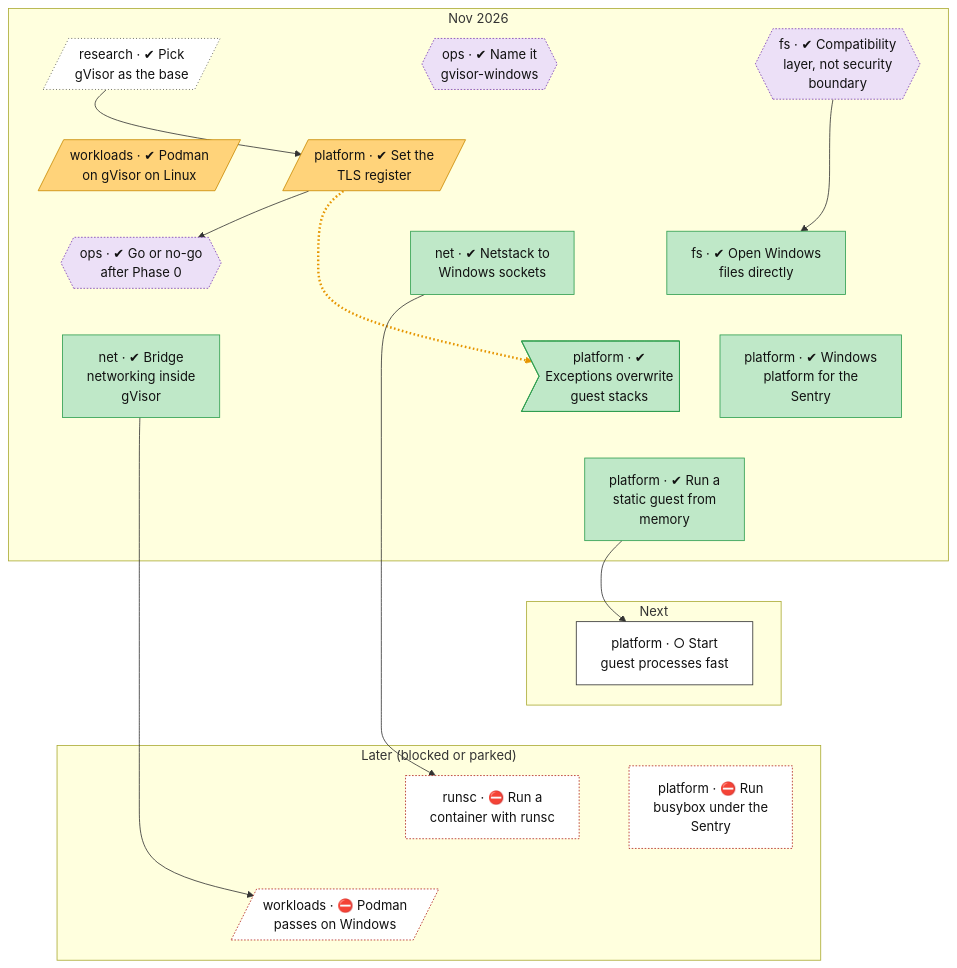
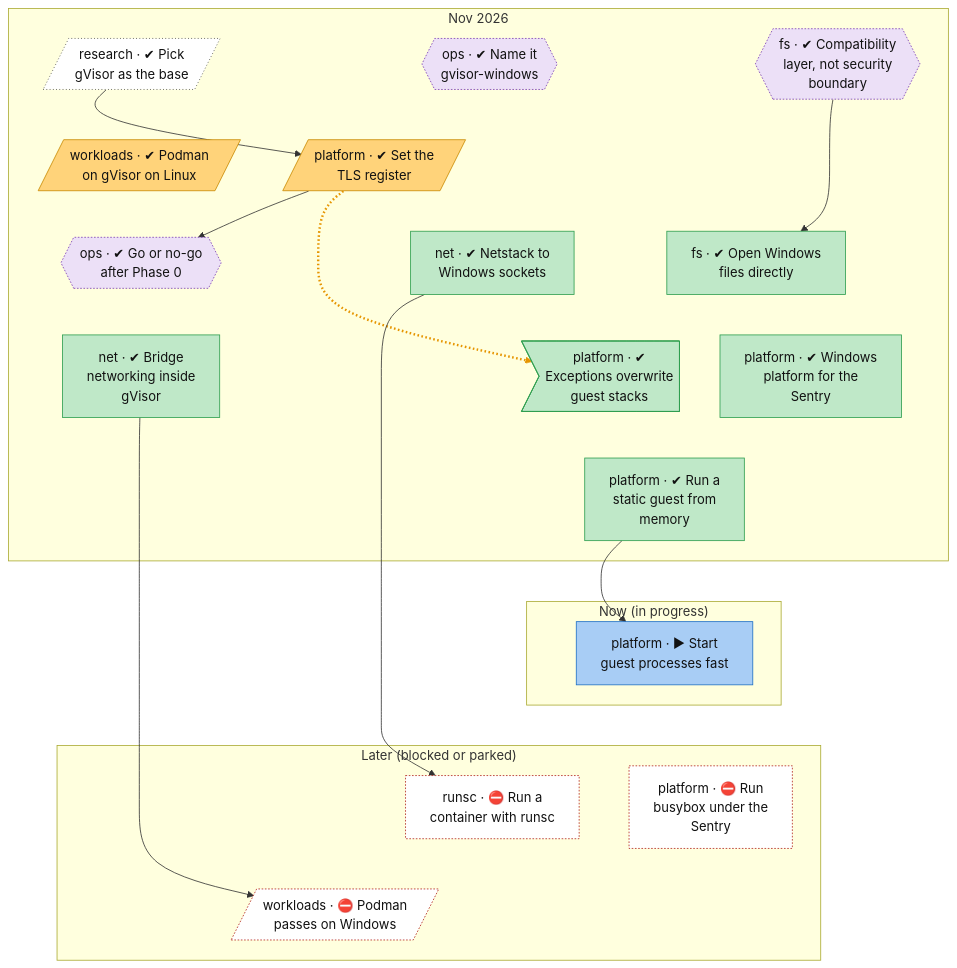
One commit to lhns/gvisor-windows changed the second of 2 diagrams in docs/roadmap.md. Above: the diagram before and after it, drawn with Mermaid. The commit also changed other lines of this file and 7 other files, not shown here.

Commit message:
Mark the boot, platform, exec and file-system wave in progress

````diff
--- a/docs/roadmap.md
+++ b/docs/roadmap.md
@@ -100,70 +100,70 @@
 ```mermaid
 flowchart TB
     subgraph bd_0["Nov 2026"]
         research_gvisor_base[/"research · ✔ Pick<br/>gVisor as the base"/]
         ops_name_and_fork{{"ops · ✔ Name it<br/>gvisor-windows"}}
         fs_compat_layer_not_boundary{{"fs · ✔ Compatibility<br/>layer, not security<br/>boundary"}}
         workloads_podman_on_gvisor_linux[/"workloads · ✔ Podman<br/>on gVisor on Linux"/]
         platform_tls_register[/"platform · ✔ Set the<br/>TLS register"/]
         ops_phase0_go_no_go{{"ops · ✔ Go or no-go<br/>after Phase 0"}}
         fs_windows_directfs["fs · ✔ Open Windows<br/>files directly"]
         net_netstack_windows_link["net · ✔ Netstack to<br/>Windows sockets"]
         net_bridge_networking["net · ✔ Bridge<br/>networking inside<br/>gVisor"]
         platform_veh_on_guest_stack_unsafe>"platform · ✔<br/>Exceptions overwrite<br/>guest stacks"]
         platform_winstub["platform · ✔ Windows<br/>platform for the<br/>Sentry"]
         platform_static_guest_from_memory["platform · ✔ Run a<br/>static guest from<br/>memory"]
     end
-    subgraph bd_1["Next"]
-        platform_fast_process_start["platform · ○ Start<br/>guest processes fast"]
+    subgraph bd_1["Now (in progress)"]
+        platform_fast_process_start["platform · ▶ Start<br/>guest processes fast"]
     end
     subgraph bd_2["Later (blocked or parked)"]
         platform_busybox_on_windows["platform · ⛔ Run<br/>busybox under the<br/>Sentry"]
         runsc_container_on_windows["runsc · ⛔ Run a<br/>container with runsc"]
         workloads_podman_on_windows[/"workloads · ⛔ Podman<br/>passes on Windows"/]
     end
     research_gvisor_base ~~~ workloads_podman_on_gvisor_linux
     ops_name_and_fork ~~~ platform_tls_register
     fs_compat_layer_not_boundary ~~~ platform_tls_register
     workloads_podman_on_gvisor_linux ~~~ ops_phase0_go_no_go
     platform_tls_register ~~~ fs_windows_directfs
     platform_tls_register ~~~ net_netstack_windows_link
     ops_phase0_go_no_go ~~~ net_bridge_networking
     fs_windows_directfs ~~~ platform_veh_on_guest_stack_unsafe
     net_netstack_windows_link ~~~ platform_winstub
     net_bridge_networking ~~~ platform_static_guest_from_memory
     platform_veh_on_guest_stack_unsafe ~~~ platform_static_guest_from_memory
     platform_winstub ~~~ platform_static_guest_from_memory
     platform_static_guest_from_memory ~~~ platform_fast_process_start
     platform_fast_process_start ~~~ platform_busybox_on_windows
     platform_fast_process_start ~~~ runsc_container_on_windows
     platform_busybox_on_windows ~~~ workloads_podman_on_windows
     runsc_container_on_windows ~~~ workloads_podman_on_windows
     research_gvisor_base --> platform_tls_register
     platform_tls_register -.-> platform_veh_on_guest_stack_unsafe
     platform_tls_register --> ops_phase0_go_no_go
     fs_compat_layer_not_boundary --> fs_windows_directfs
     platform_static_guest_from_memory --> platform_fast_process_start
     net_netstack_windows_link --> runsc_container_on_windows
     net_bridge_networking --> workloads_podman_on_windows
     linkStyle 18 stroke:#e69500,stroke-width:3px,stroke-dasharray:2 3
     classDef vsucc fill:#2e9e4f,stroke:#1b6b34,color:#fff
     classDef succ fill:#bfe8c8,stroke:#2e9e4f,color:#111
     classDef mixed fill:#ffd37a,stroke:#c98a00,color:#111
     classDef bad fill:#f28b82,stroke:#b3261e,color:#111
     classDef dead fill:#e6e6e6,stroke:#777,stroke-dasharray:5 5,color:#555
     classDef inprog fill:#a8cdf5,stroke:#1f6fc5,color:#111
     classDef next fill:#fff,stroke:#333,color:#111
     classDef blocked fill:#fff,stroke:#b3261e,stroke-dasharray:2 2,color:#111
     classDef parked fill:#f3f3f3,stroke:#999,color:#555
     classDef unrated fill:#fff,stroke:#333,stroke-dasharray:1 3,color:#111
     classDef gate fill:#d9c2f0,stroke:#7b3fb5,color:#111
     classDef decided fill:#ece0f7,stroke:#7b3fb5,stroke-dasharray:2 2,color:#111
     classDef finding fill:#ffe0b2,stroke:#d84315,stroke-width:2px,color:#111
     classDef waiting fill:#e3f2fd,stroke:#1f6fc5,stroke-dasharray:5 5,color:#111
     class research_gvisor_base unrated
     class ops_name_and_fork,fs_compat_layer_not_boundary,ops_phase0_go_no_go decided
     class workloads_podman_on_gvisor_linux,platform_tls_register mixed
     class workloads_podman_on_windows,runsc_container_on_windows,platform_busybox_on_windows blocked
     class platform_winstub,fs_windows_directfs,net_netstack_windows_link,platform_static_guest_from_memory,net_bridge_networking,platform_veh_on_guest_stack_unsafe succ
-    class platform_fast_process_start next
+    class platform_fast_process_start inprog
 ```
````
